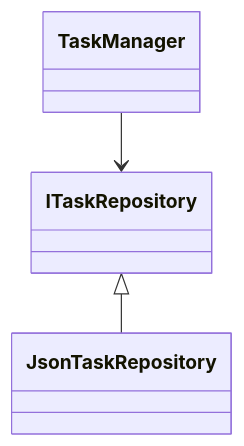
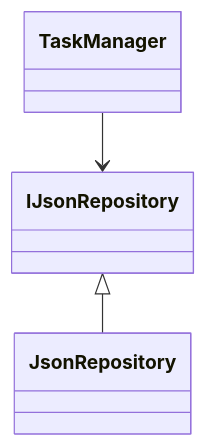
The diagram in README.md (Lefasto/ToDo), drawn with Mermaid before and after one commit.

Commit message:
bug in README.md gefixt

````diff
--- a/README.md
+++ b/README.md
@@ -35,5 +35,5 @@
 ```mermaid
 classDiagram
-TaskManager --> ITaskRepository
-ITaskRepository <|-- JsonTaskRepository
+TaskManager --> IJsonRepository
+IJsonRepository <|-- JsonRepository
 ```
````
